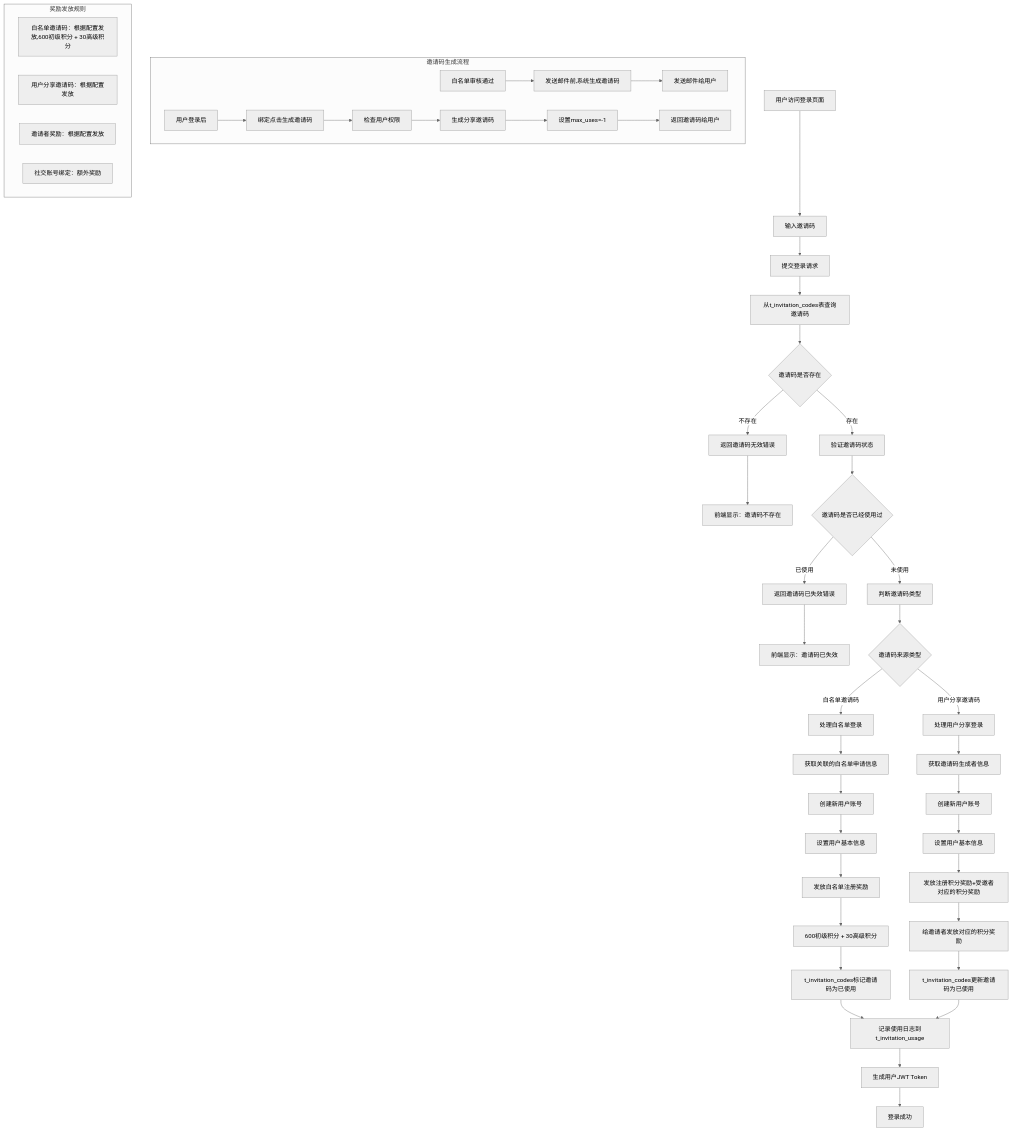
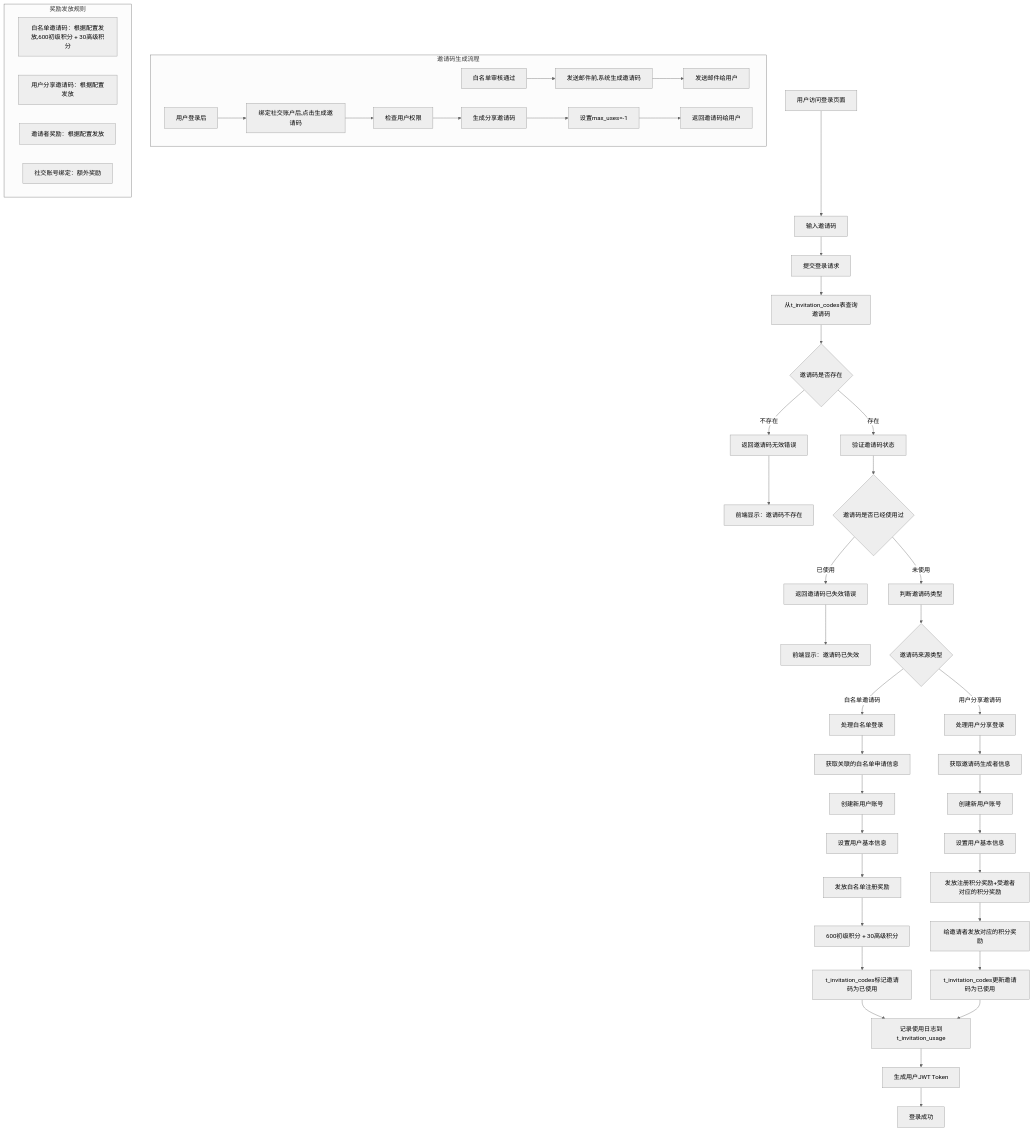
The diagram in all/未命名-71.md (yingjianzh/iodraw-files), drawn with Mermaid (neutral theme) before and after one commit.

Commit message:
2025-07-03 14:09:36 update

````diff
--- a/all/未命名-71.md
+++ b/all/未命名-71.md
@@ -1,58 +1,58 @@
 ```mermaid
 flowchart TD
     A[用户访问登录页面] --> B[输入邀请码]
     B --> E[提交登录请求]
     E --> H[从t_invitation_codes表查询邀请码]
     H --> I{邀请码是否存在}
     I -->|不存在| J[返回邀请码无效错误]
     J --> K[前端显示：邀请码不存在]
     
     I -->|存在| L[验证邀请码状态]
     L --> M{邀请码是否已经使用过}
     M -->|已使用| N[返回邀请码已失效错误]
     N --> O[前端显示：邀请码已失效]
     
     M -->|未使用| X[判断邀请码类型]
     X --> Y{邀请码来源类型}
     
     Y -->|白名单邀请码| Z[处理白名单登录]
     Z --> Z1[获取关联的白名单申请信息]
     Z1 --> Z2[创建新用户账号]
     Z2 --> Z3[设置用户基本信息]
     Z3 --> Z4[发放白名单注册奖励]
     Z4 --> Z5[600初级积分 + 30高级积分]
     Z5 --> Z6[t_invitation_codes标记邀请码为已使用]
     Z6 --> AA[记录使用日志到t_invitation_usage]
     
     Y -->|用户分享邀请码| BB[处理用户分享登录]
     BB --> BB1[获取邀请码生成者信息]
     BB1 --> BB2[创建新用户账号]
     BB2 --> BB3[设置用户基本信息]
     BB3 --> BB4[发放注册积分奖励+受邀者对应的积分奖励]
     BB4 --> BB5[给邀请者发放对应的积分奖励]
     BB5 --> BB6[t_invitation_codes更新邀请码为已使用]
     BB6 --> AA
     
     AA --> CC[生成用户JWT Token]
     CC --> DD[登录成功]
     
 
     subgraph "邀请码生成流程"
         IG1[白名单审核通过] --> IG2[发送邮件前,系统生成邀请码]
         IG2 --> IG5[发送邮件给用户]
         
-        UG1[用户登录后] --> UG2[绑定点击生成邀请码]
+        UG1[用户登录后] --> UG2[绑定社交账户后,点击生成邀请码]
         UG2 --> UG3[检查用户权限]
         UG3 --> UG4[生成分享邀请码]
         UG4 --> UG5[设置max_uses=-1]
         UG5 --> UG6[返回邀请码给用户]
     end
     
     subgraph "奖励发放规则"
         R1[白名单邀请码：根据配置发放,600初级积分 + 30高级积分]
         R2[用户分享邀请码：根据配置发放]
         R3[邀请者奖励：根据配置发放]
         R4[社交账号绑定：额外奖励]
     end
   
 ```
````
